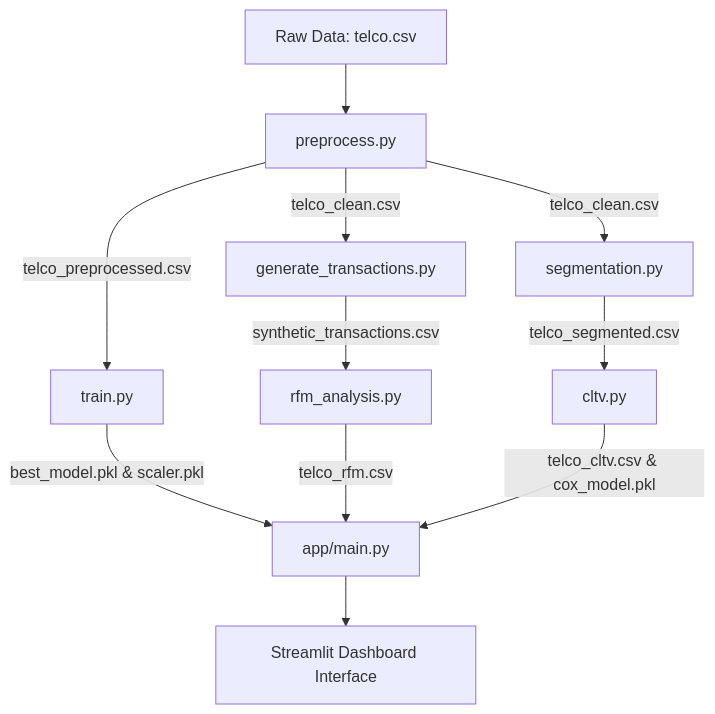
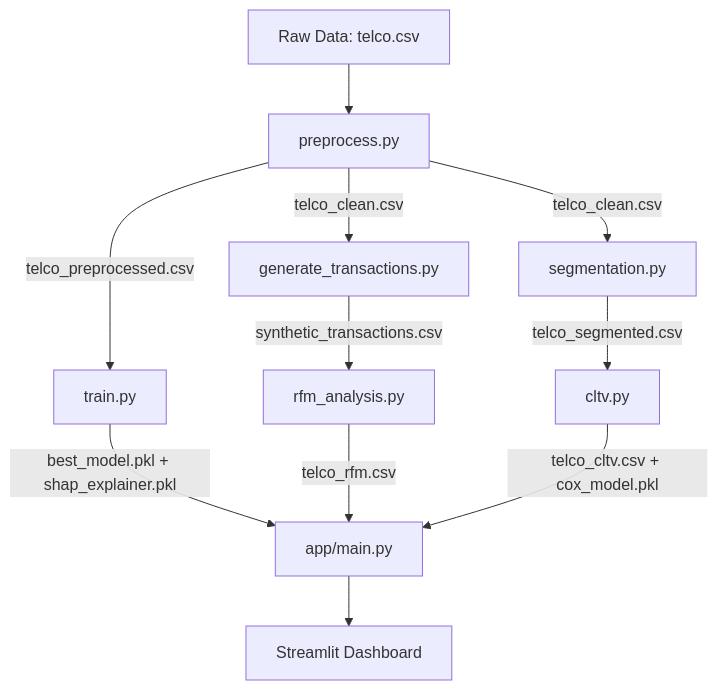
The diagram in README.md (Anu2030/ChurnGuard_AI), drawn with Mermaid before and after one commit. The commit also changed other lines of this file, not shown here.

Commit message:
docs: Complete README rewrite with model metrics, architecture, and MLOps sections

````diff
--- a/README.md
+++ b/README.md
@@ -27,13 +28,13 @@
 ```mermaid
 flowchart TD
     A[Raw Data: telco.csv] --> B[preprocess.py]
     B -->|telco_clean.csv| D[segmentation.py]
     B -->|telco_preprocessed.csv| C[train.py]
-    C -->|best_model.pkl & scaler.pkl| G[app/main.py]
+    C -->|best_model.pkl + shap_explainer.pkl| G[app/main.py]
     D -->|telco_segmented.csv| E[cltv.py]
     B -->|telco_clean.csv| F[generate_transactions.py]
     F -->|synthetic_transactions.csv| H[rfm_analysis.py]
     H -->|telco_rfm.csv| G
-    E -->|telco_cltv.csv & cox_model.pkl| G
-    G --> I[Streamlit Dashboard Interface]
+    E -->|telco_cltv.csv + cox_model.pkl| G
+    G --> I[Streamlit Dashboard]
 ```
````
